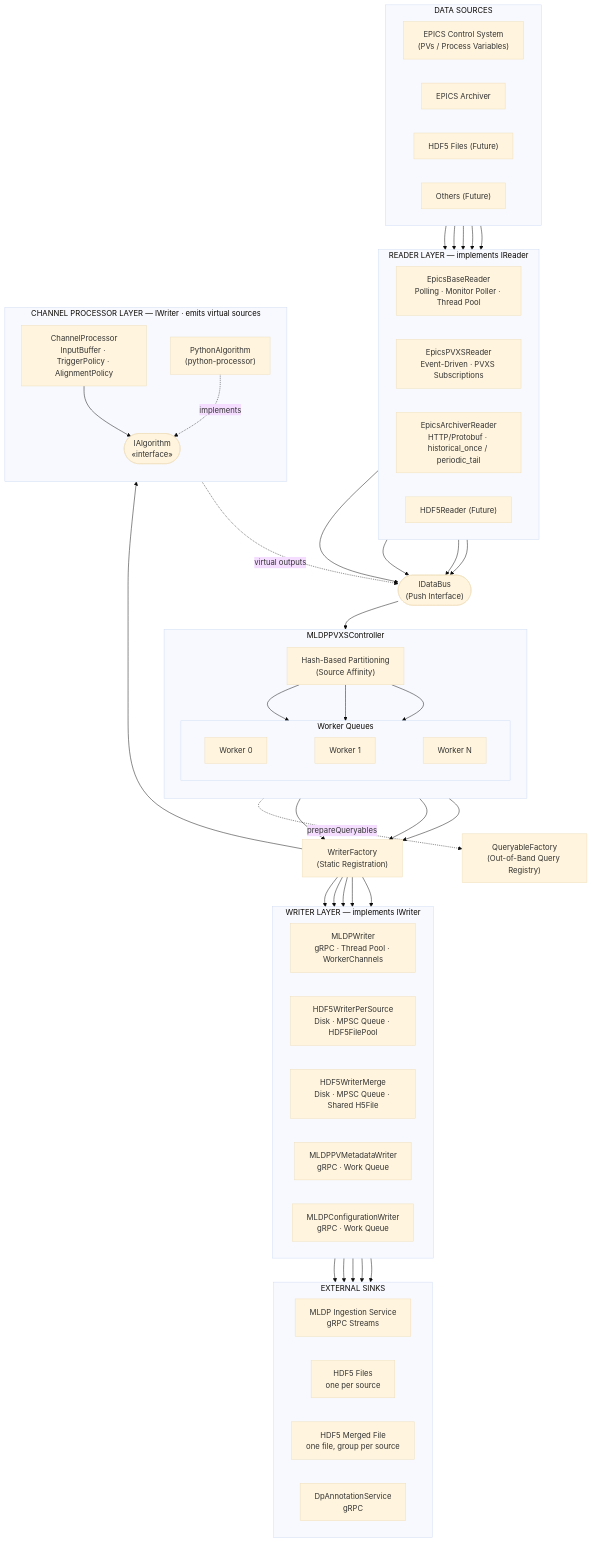
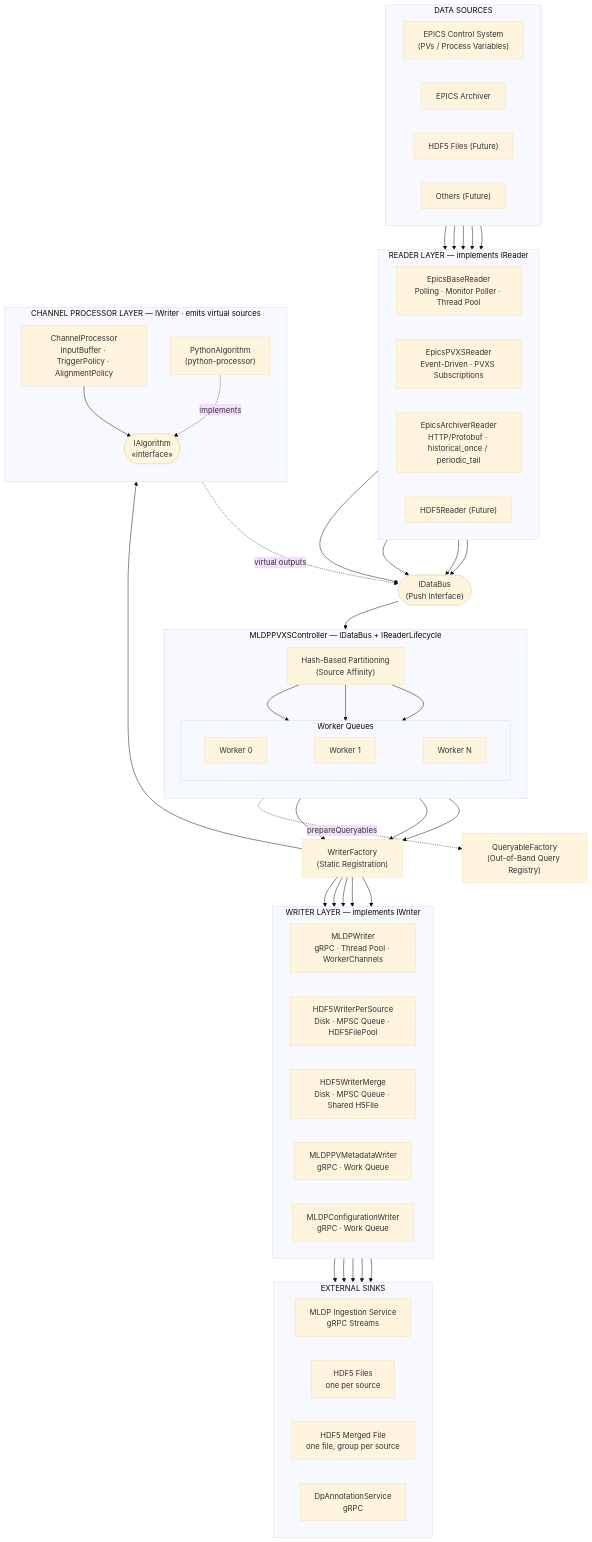
The first of 3 diagrams in docs/reference/architecture.md (slaclab/mldp-pvxs-driver), drawn with Mermaid (base theme) before and after one commit. The commit also changed other lines of this file and 6 other files, not shown here.

````diff
--- a/docs/reference/architecture.md
+++ b/docs/reference/architecture.md
@@ -11,81 +11,81 @@
 ```mermaid
 flowchart TB
     subgraph DataSources["DATA SOURCES"]
         direction LR
         DS1["EPICS Control System<br/>(PVs / Process Variables)"]
         DS2["EPICS Archiver"]
         DS3["HDF5 Files (Future)"]
         DS4["Others (Future)"]
     end
 
     subgraph ReaderLayer["READER LAYER — implements IReader"]
         direction LR
         R1["EpicsBaseReader<br/>Polling · Monitor Poller · Thread Pool"]
         R2["EpicsPVXSReader<br/>Event-Driven · PVXS Subscriptions"]
         R3["EpicsArchiverReader<br/>HTTP/Protobuf · historical_once / periodic_tail"]
         R4["HDF5Reader (Future)"]
     end
 
     IDataBus(["IDataBus<br/>(Push Interface)"])
     QueryableFactory["QueryableFactory<br/>(Out-of-Band Query Registry)"]
     WriterFactory["WriterFactory<br/>(Static Registration)"]
 
-    subgraph Controller["MLDPPVXSController"]
+    subgraph Controller["MLDPPVXSController — IDataBus + IReaderLifecycle"]
         direction TB
         HashPart["Hash-Based Partitioning<br/>(Source Affinity)"]
         subgraph Workers["Worker Queues"]
             direction LR
             W0["Worker 0"] ~~~ W1["Worker 1"] ~~~ WN["Worker N"]
         end
         HashPart --> W0
         HashPart --> W1
         HashPart --> WN
     end
 
     subgraph ProcessorLayer["CHANNEL PROCESSOR LAYER — IWriter · emits virtual sources"]
         direction TB
         WR6["ChannelProcessor<br/>InputBuffer · TriggerPolicy · AlignmentPolicy"]
         IAlgo(["IAlgorithm<br/>«interface»"])
         PA["PythonAlgorithm<br/>(python-processor)"]
         WR6 --> IAlgo
         PA -. implements .-> IAlgo
     end
 
     subgraph WriterLayer["WRITER LAYER — implements IWriter"]
         direction LR
         WR1["MLDPWriter<br/>gRPC · Thread Pool · WorkerChannels"]
         WR2["HDF5WriterPerSource<br/>Disk · MPSC Queue · HDF5FilePool"]
         WR3["HDF5WriterMerge<br/>Disk · MPSC Queue · Shared H5File"]
         WR4["MLDPPVMetadataWriter<br/>gRPC · Work Queue"]
         WR5["MLDPConfigurationWriter<br/>gRPC · Work Queue"]
     end
 
     subgraph Sinks["EXTERNAL SINKS"]
         direction LR
         MLDPService["MLDP Ingestion Service<br/>gRPC Streams"]
         HDF5Files["HDF5 Files<br/>one per source"]
         HDF5Merged["HDF5 Merged File<br/>one file, group per source"]
         AnnotationService["DpAnnotationService<br/>gRPC"]
     end
 
     DS1 --> R1 & R2
     DS2 --> R3
     DS3 & DS4 --> R4
 
     R1 & R2 & R3 & R4 --> IDataBus
 
     IDataBus --> HashPart
     IDataBus ~~~ QueryableFactory
     Controller -. prepareQueryables .-> QueryableFactory
 
     W0 & W1 & WN --> WriterFactory
     WriterFactory --> WR6
     WriterFactory --> WR1 & WR2 & WR3 & WR4 & WR5
 
     WR6 -."virtual outputs".-> IDataBus
 
     WR1 --> MLDPService
     WR2 --> HDF5Files
     WR3 --> HDF5Merged
     WR4 & WR5 --> AnnotationService
 ```
````
